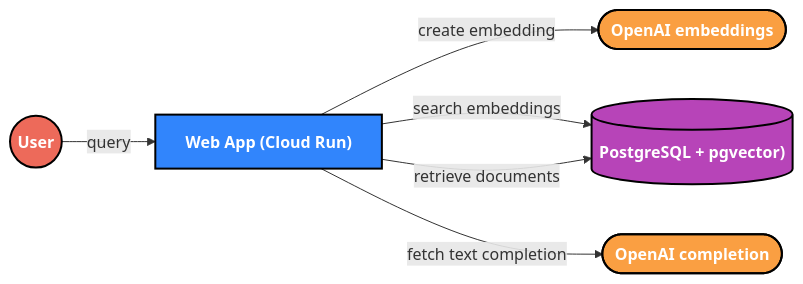
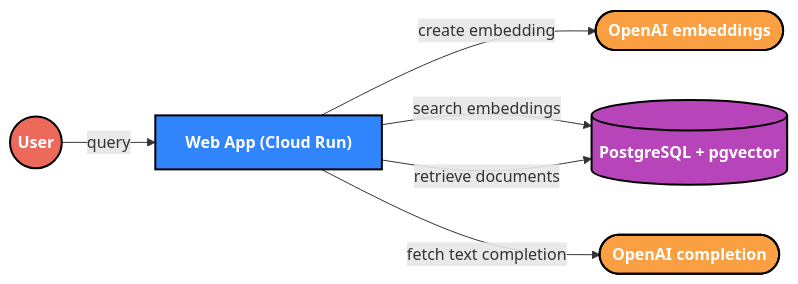
Before and after one commit to initialcapacity/ai-starter: the first of 2 diagrams in README.md, drawn with Mermaid. The commit also changed other lines of this file, not shown here.

Commit message:
Fix parentheses in mermaid diagram

````diff
--- a/README.md
+++ b/README.md
@@ -24,25 +24,25 @@
 ```mermaid
 flowchart LR
     embeddings([OpenAI embeddings])
     user((User))
     app["Web App (Cloud Run)"]
-    db[("PostgreSQL + pgvector)")]
+    db[("PostgreSQL + pgvector")]
     llm([OpenAI completion])
     
     user -- query --> app
     app -- create embedding --> embeddings
     app -- search embeddings --> db
     app -- retrieve documents --> db
     app -- fetch text completion --> llm
 
     classDef node font-weight:bold,color:white,stroke:black,stroke-width:2px;
     classDef app fill:#3185FC;
     classDef db fill:#B744B8;
     classDef external fill:#FA9F42;
     classDef user fill:#ED6A5A;
 
     class app,collector,analyzer app;
     class db db;
     class docs,embeddings,llm external;
     class user user;
 ```
````
